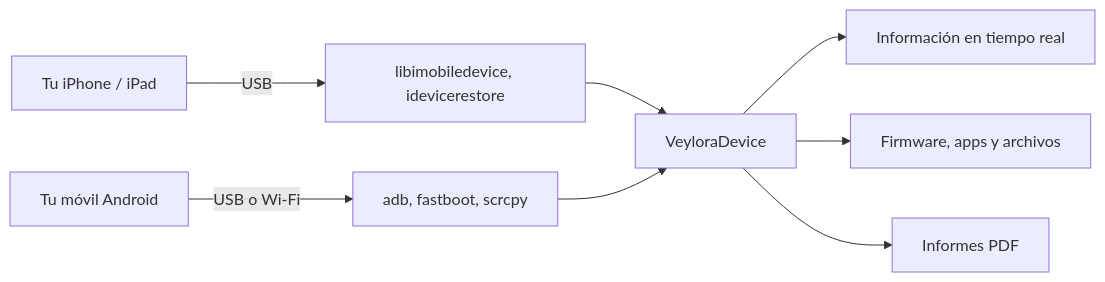
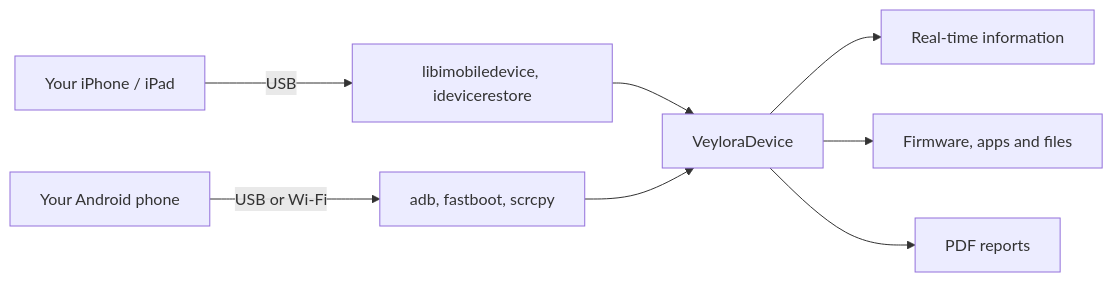
Before and after one commit to VeyloraLabs/VeyloraDevice: the diagram in README.md, drawn with Mermaid. The commit also changed other lines of this file, not shown here.

````diff
--- a/README.md
+++ b/README.md
@@ -72,10 +72,10 @@
 ```mermaid
 flowchart LR
-    A[Tu iPhone / iPad] -- USB --> L[libimobiledevice, idevicerestore]
-    B[Tu móvil Android] -- USB o Wi-Fi --> D[adb, fastboot, scrcpy]
+    A[Your iPhone / iPad] -- USB --> L[libimobiledevice, idevicerestore]
+    B[Your Android phone] -- USB or Wi-Fi --> D[adb, fastboot, scrcpy]
     L --> V[VeyloraDevice]
     D --> V
-    V --> I[Información en tiempo real]
-    V --> F[Firmware, apps y archivos]
-    V --> R[Informes PDF]
+    V --> I[Real-time information]
+    V --> F[Firmware, apps and files]
+    V --> R[PDF reports]
 ```
````
